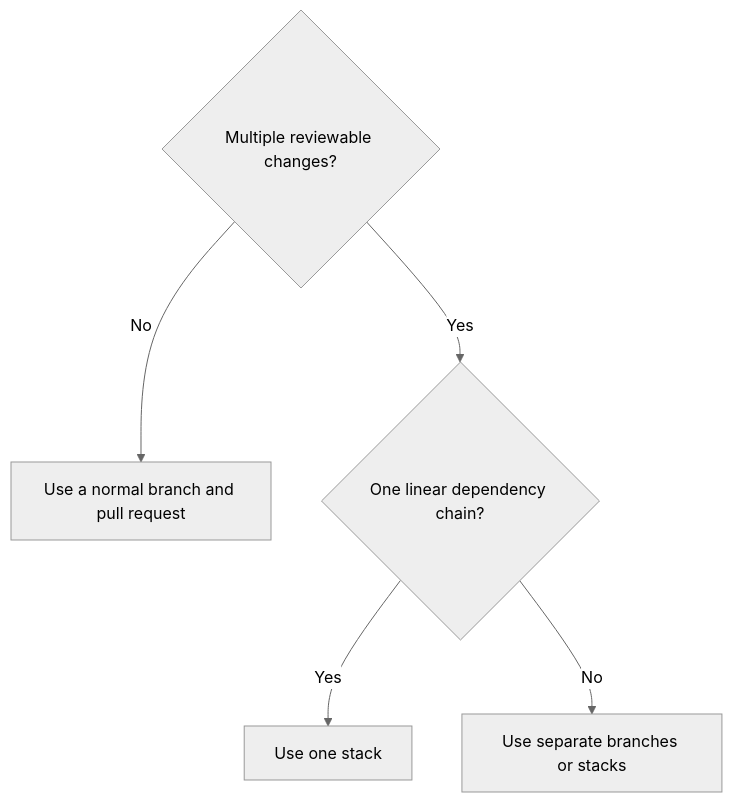
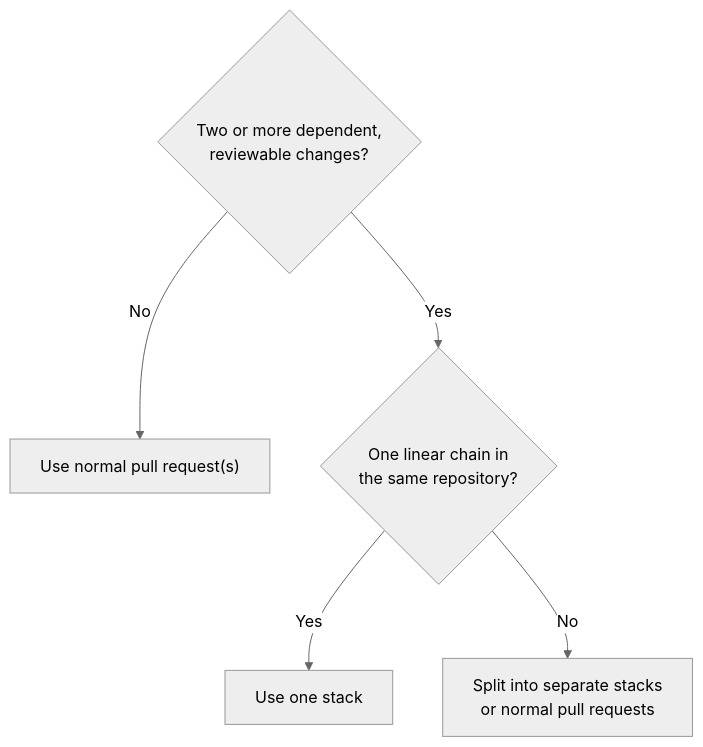
The second of 2 diagrams in README.md (DanWahlin/gh-stack-demo), drawn with Mermaid (neutral theme) before and after one commit. The commit also changed other lines of this file, not shown here.

````diff
--- a/README.md
+++ b/README.md
@@ -41,8 +41,8 @@
 ```mermaid
 flowchart TD
-    Multiple{"Multiple reviewable changes?"}
-    Multiple -- No --> Normal["Use a normal branch and pull request"]
-    Multiple -- Yes --> Linear{"One linear dependency chain?"}
+    Multiple{"Two or more dependent,<br/>reviewable changes?"}
+    Multiple -- No --> Normal["Use normal pull request(s)"]
+    Multiple -- Yes --> Linear{"One linear chain in<br/>the same repository?"}
     Linear -- Yes --> Stack["Use one stack"]
-    Linear -- No --> Separate["Use separate branches or stacks"]
+    Linear -- No --> Separate["Split into separate stacks<br/>or normal pull requests"]
 ```
````
